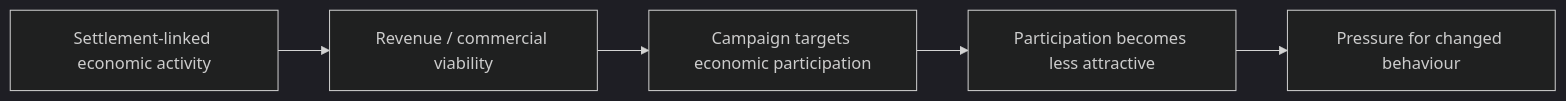
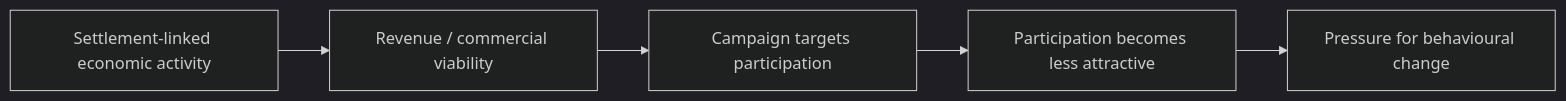
Before and after one commit to josefsbreakfast/Polaris-Protocol: the seventh of 8 diagrams in 🌓_3_In_The_Moment/📲_Press_Matters/🇵🇸_Palestine_Factchecking/🌍_Global_Powers/🎯_what_was_bds_supposed_to_do.md, drawn with Mermaid (dark theme). The commit also changed other lines of this file, not shown here.

````diff
--- a/🌓_3_In_The_Moment/📲_Press_Matters/🇵🇸_Palestine_Factchecking/🌍_Global_Powers/🎯_what_was_bds_supposed_to_do.md
+++ b/🌓_3_In_The_Moment/📲_Press_Matters/🇵🇸_Palestine_Factchecking/🌍_Global_Powers/🎯_what_was_bds_supposed_to_do.md
@@ -468,8 +375,8 @@
 ```mermaid
 flowchart LR
     A[Settlement-linked economic activity]
     --> B[Revenue / commercial viability]
-    --> C[Campaign targets economic participation]
+    --> C[Campaign targets participation]
     --> D[Participation becomes less attractive]
-    --> E[Pressure for changed behaviour]
+    --> E[Pressure for behavioural change]
 ```
````
